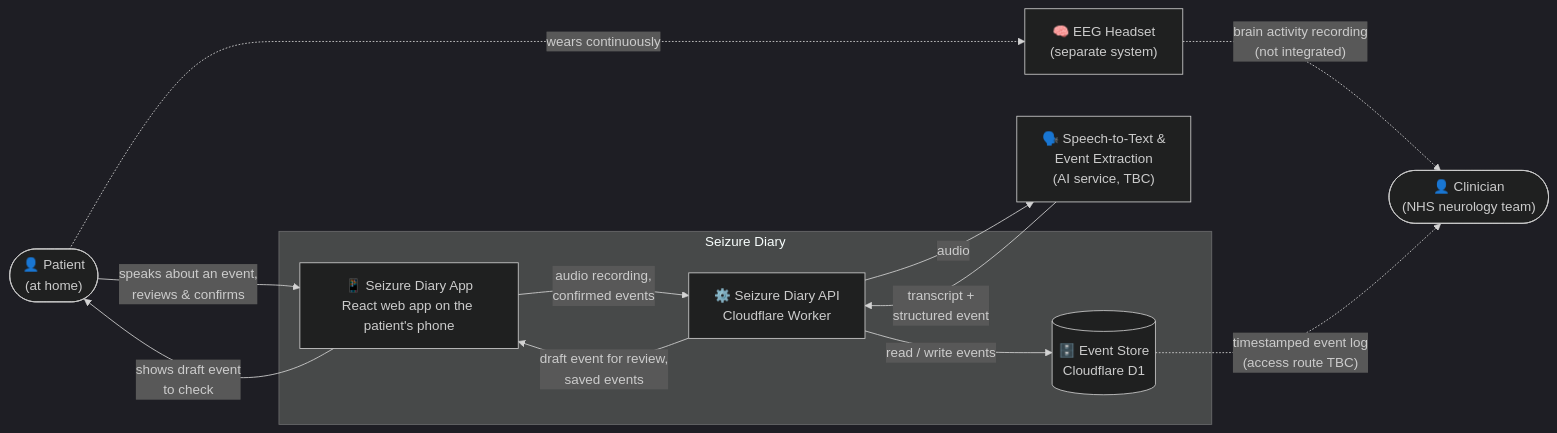
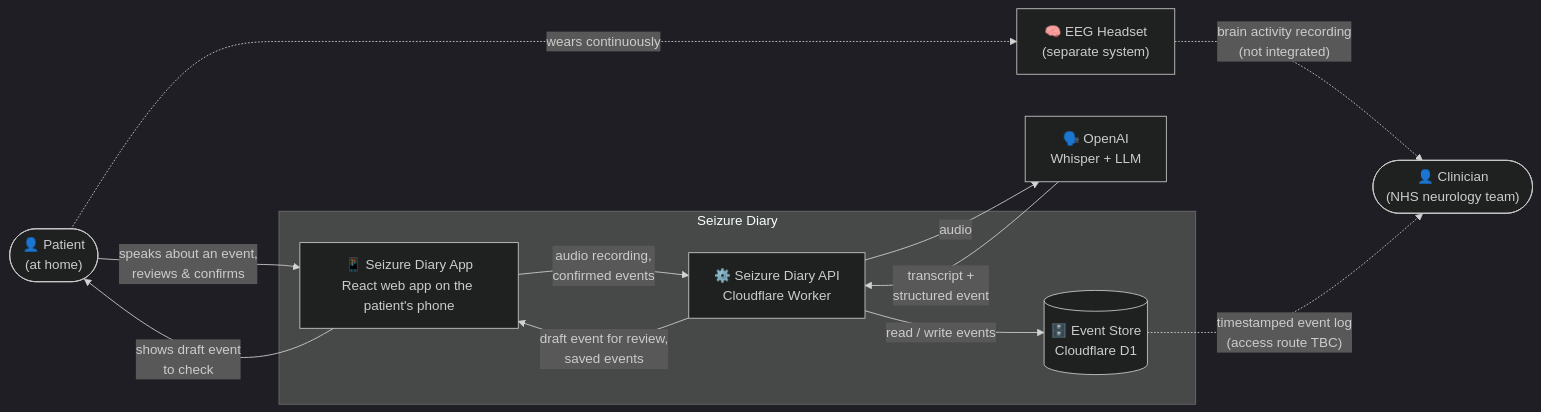
Before and after one commit to hortfrancis/seizure-diary-proto-02: the diagram in docs/system-diagram-level-0.md, drawn with Mermaid (dark theme). The commit also changed other lines of this file and 1 other file, not shown here.

Commit message:
docs: plan steps 03 and 04 using OpenAI

````diff
--- a/docs/system-diagram-level-0.md
+++ b/docs/system-diagram-level-0.md
@@ -5,26 +5,26 @@
 ```mermaid
 flowchart LR
     patient(["👤 Patient<br/>(at home)"])
     clinician(["👤 Clinician<br/>(NHS neurology team)"])
 
     subgraph sd["Seizure Diary"]
         app["📱 Seizure Diary App<br/>React web app on the patient's phone"]
         api["⚙️ Seizure Diary API<br/>Cloudflare Worker"]
         db[("🗄️ Event Store<br/>Cloudflare D1")]
         app -- "audio recording,<br/>confirmed events" --> api
         api -- "draft event for review,<br/>saved events" --> app
         api -- "read / write events" --> db
     end
 
-    stt["🗣️ Speech-to-Text &<br/>Event Extraction<br/>(AI service, TBC)"]
+    stt["🗣️ OpenAI<br/>Whisper + LLM"]
     eeg["🧠 EEG Headset<br/>(separate system)"]
 
     patient -- "speaks about an event,<br/>reviews & confirms" --> app
     app -- "shows draft event<br/>to check" --> patient
     api -- "audio" --> stt
     stt -- "transcript +<br/>structured event" --> api
 
     patient -. "wears continuously" .-> eeg
     eeg -. "brain activity recording<br/>(not integrated)" .-> clinician
     db -. "timestamped event log<br/>(access route TBC)" .-> clinician
 ```
````
